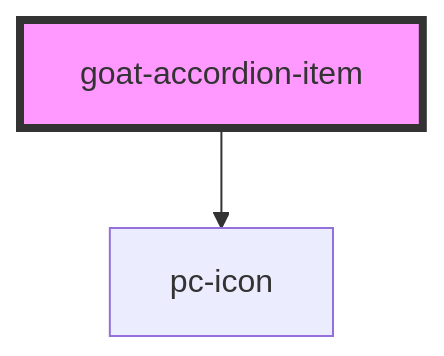
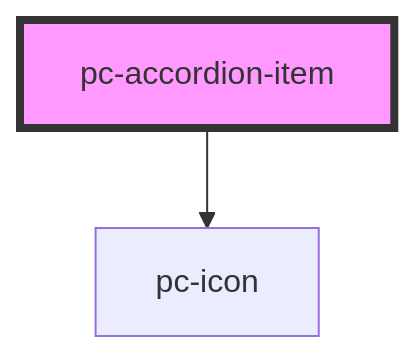
The diagram in src/components/accordion/accordion-item/readme.md (redvars/peacock), drawn with Mermaid before and after one commit. The commit also changed other lines of this file and 280 other files, not shown here.

````diff
--- a/src/components/accordion/accordion-item/readme.md
+++ b/src/components/accordion/accordion-item/readme.md
@@ -38,5 +38,5 @@
 ```mermaid
 graph TD;
-  goat-accordion-item --> pc-icon
-  style goat-accordion-item fill:#f9f,stroke:#333,stroke-width:4px
+  pc-accordion-item --> pc-icon
+  style pc-accordion-item fill:#f9f,stroke:#333,stroke-width:4px
 ```
````
